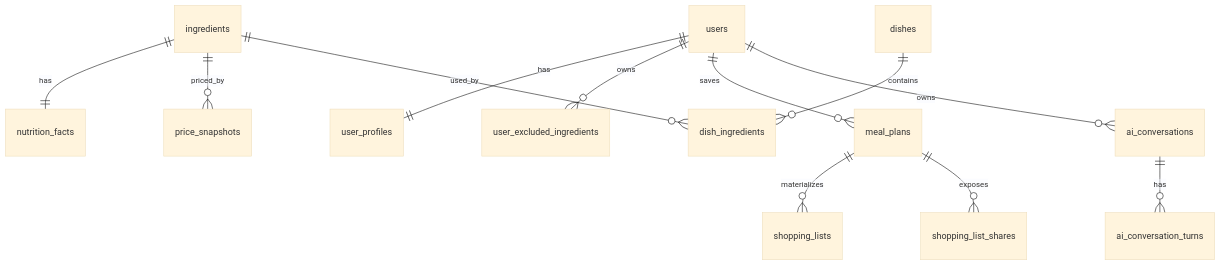
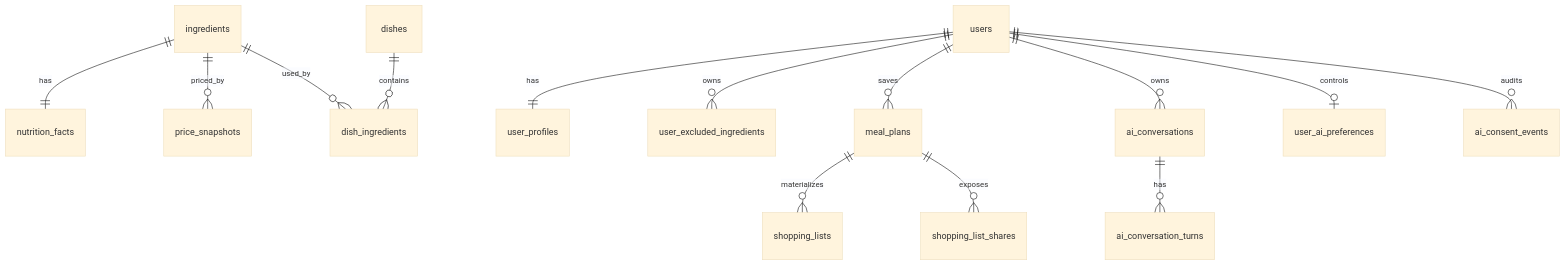
One commit to thedusk4203/smart-menu changed the diagram in docs/code/database.md. Above: the diagram before and after it, drawn with Mermaid (base theme). The commit also changed other lines of this file and 58 other files, not shown here.

````diff
--- a/docs/code/database.md
+++ b/docs/code/database.md
@@ -27,14 +27,16 @@
 ```mermaid
 erDiagram
     users ||--|| user_profiles : has
     users ||--o{ user_excluded_ingredients : owns
     ingredients ||--|| nutrition_facts : has
     ingredients ||--o{ price_snapshots : priced_by
     dishes ||--o{ dish_ingredients : contains
     ingredients ||--o{ dish_ingredients : used_by
     users ||--o{ meal_plans : saves
     meal_plans ||--o{ shopping_lists : materializes
     meal_plans ||--o{ shopping_list_shares : exposes
     users ||--o{ ai_conversations : owns
+    users ||--o| user_ai_preferences : controls
+    users ||--o{ ai_consent_events : audits
     ai_conversations ||--o{ ai_conversation_turns : has
 ```
````
